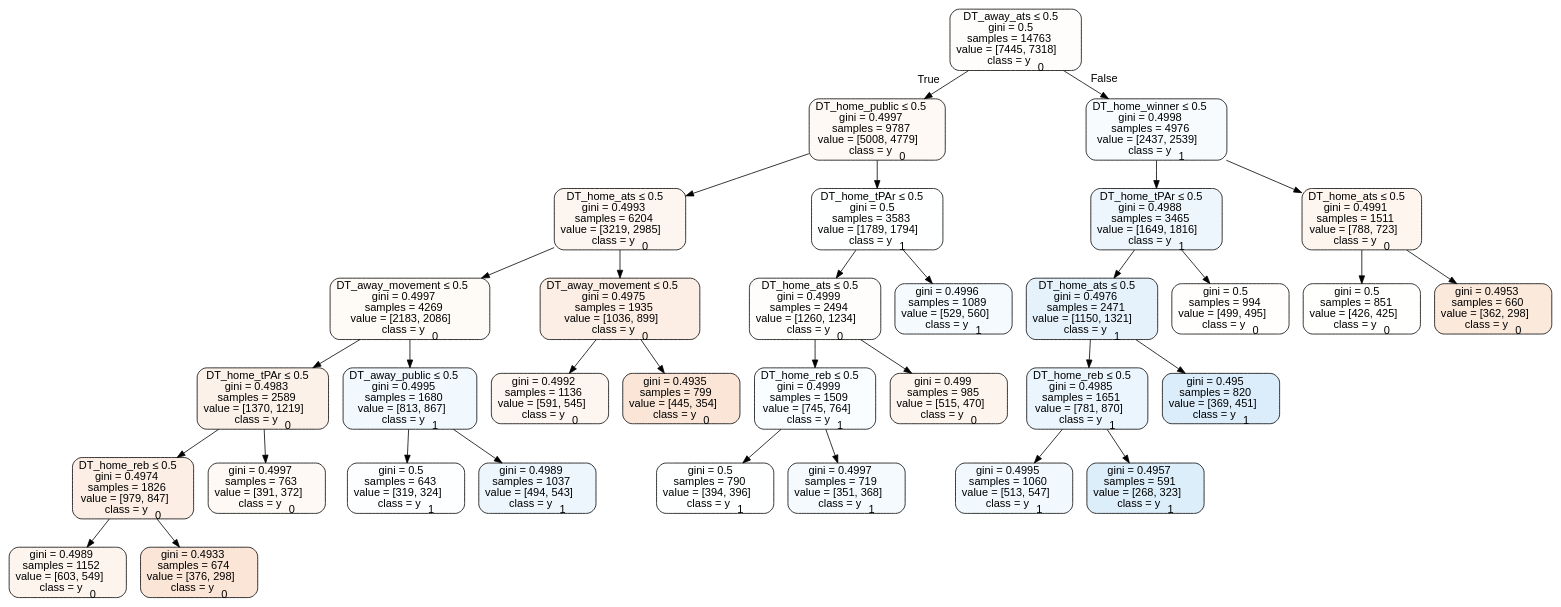
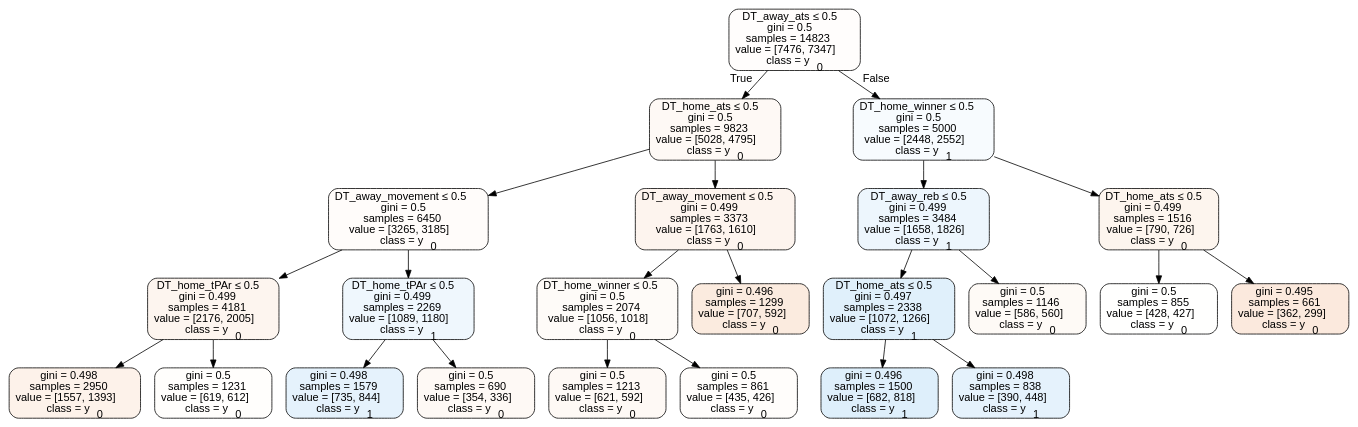
The diagram in Basketball/data/trees/tree2015home.dot (usbogie/ncaa-bets), drawn with Graphviz before and after one commit. The commit also changed 35 other files, not shown here.

```diff
--- a/Basketball/data/trees/tree2015home.dot
+++ b/Basketball/data/trees/tree2015home.dot
@@ -1,69 +1,49 @@
 digraph Tree {
 node [shape=box, style="filled, rounded", color="black", fontname=helvetica] ;
 edge [fontname=helvetica] ;
-0 [label=<DT_away_ats &le; 0.5<br/>gini = 0.5<br/>samples = 14763<br/>value = [7445, 7318]<br/>class = y<SUB>0</SUB>>, fillcolor="#e5813904"] ;
-1 [label=<DT_home_public &le; 0.5<br/>gini = 0.4997<br/>samples = 9787<br/>value = [5008, 4779]<br/>class = y<SUB>0</SUB>>, fillcolor="#e581390c"] ;
+0 [label=<DT_away_ats &le; 0.5<br/>gini = 0.5<br/>samples = 14823<br/>value = [7476, 7347]<br/>class = y<SUB>0</SUB>>, fillcolor="#e5813904"] ;
+1 [label=<DT_home_ats &le; 0.5<br/>gini = 0.5<br/>samples = 9823<br/>value = [5028, 4795]<br/>class = y<SUB>0</SUB>>, fillcolor="#e581390c"] ;
 0 -> 1 [labeldistance=2.5, labelangle=45, headlabel="True"] ;
-2 [label=<DT_home_ats &le; 0.5<br/>gini = 0.4993<br/>samples = 6204<br/>value = [3219, 2985]<br/>class = y<SUB>0</SUB>>, fillcolor="#e5813913"] ;
+2 [label=<DT_away_movement &le; 0.5<br/>gini = 0.5<br/>samples = 6450<br/>value = [3265, 3185]<br/>class = y<SUB>0</SUB>>, fillcolor="#e5813906"] ;
 1 -> 2 ;
-3 [label=<DT_away_movement &le; 0.5<br/>gini = 0.4997<br/>samples = 4269<br/>value = [2183, 2086]<br/>class = y<SUB>0</SUB>>, fillcolor="#e581390b"] ;
+3 [label=<DT_home_tPAr &le; 0.5<br/>gini = 0.499<br/>samples = 4181<br/>value = [2176, 2005]<br/>class = y<SUB>0</SUB>>, fillcolor="#e5813914"] ;
 2 -> 3 ;
-4 [label=<DT_home_tPAr &le; 0.5<br/>gini = 0.4983<br/>samples = 2589<br/>value = [1370, 1219]<br/>class = y<SUB>0</SUB>>, fillcolor="#e581391c"] ;
+4 [label=<gini = 0.498<br/>samples = 2950<br/>value = [1557, 1393]<br/>class = y<SUB>0</SUB>>, fillcolor="#e581391b"] ;
 3 -> 4 ;
-5 [label=<DT_home_reb &le; 0.5<br/>gini = 0.4974<br/>samples = 1826<br/>value = [979, 847]<br/>class = y<SUB>0</SUB>>, fillcolor="#e5813922"] ;
-4 -> 5 ;
-6 [label=<gini = 0.4989<br/>samples = 1152<br/>value = [603, 549]<br/>class = y<SUB>0</SUB>>, fillcolor="#e5813917"] ;
-5 -> 6 ;
-7 [label=<gini = 0.4933<br/>samples = 674<br/>value = [376, 298]<br/>class = y<SUB>0</SUB>>, fillcolor="#e5813935"] ;
-5 -> 7 ;
-8 [label=<gini = 0.4997<br/>samples = 763<br/>value = [391, 372]<br/>class = y<SUB>0</SUB>>, fillcolor="#e581390c"] ;
-4 -> 8 ;
-9 [label=<DT_away_public &le; 0.5<br/>gini = 0.4995<br/>samples = 1680<br/>value = [813, 867]<br/>class = y<SUB>1</SUB>>, fillcolor="#399de510"] ;
-3 -> 9 ;
-10 [label=<gini = 0.5<br/>samples = 643<br/>value = [319, 324]<br/>class = y<SUB>1</SUB>>, fillcolor="#399de504"] ;
+5 [label=<gini = 0.5<br/>samples = 1231<br/>value = [619, 612]<br/>class = y<SUB>0</SUB>>, fillcolor="#e5813903"] ;
+3 -> 5 ;
+6 [label=<DT_home_tPAr &le; 0.5<br/>gini = 0.499<br/>samples = 2269<br/>value = [1089, 1180]<br/>class = y<SUB>1</SUB>>, fillcolor="#399de514"] ;
+2 -> 6 ;
+7 [label=<gini = 0.498<br/>samples = 1579<br/>value = [735, 844]<br/>class = y<SUB>1</SUB>>, fillcolor="#399de521"] ;
+6 -> 7 ;
+8 [label=<gini = 0.5<br/>samples = 690<br/>value = [354, 336]<br/>class = y<SUB>0</SUB>>, fillcolor="#e581390d"] ;
+6 -> 8 ;
+9 [label=<DT_away_movement &le; 0.5<br/>gini = 0.499<br/>samples = 3373<br/>value = [1763, 1610]<br/>class = y<SUB>0</SUB>>, fillcolor="#e5813916"] ;
+1 -> 9 ;
+10 [label=<DT_home_winner &le; 0.5<br/>gini = 0.5<br/>samples = 2074<br/>value = [1056, 1018]<br/>class = y<SUB>0</SUB>>, fillcolor="#e5813909"] ;
 9 -> 10 ;
-11 [label=<gini = 0.4989<br/>samples = 1037<br/>value = [494, 543]<br/>class = y<SUB>1</SUB>>, fillcolor="#399de517"] ;
-9 -> 11 ;
-12 [label=<DT_away_movement &le; 0.5<br/>gini = 0.4975<br/>samples = 1935<br/>value = [1036, 899]<br/>class = y<SUB>0</SUB>>, fillcolor="#e5813922"] ;
-2 -> 12 ;
-13 [label=<gini = 0.4992<br/>samples = 1136<br/>value = [591, 545]<br/>class = y<SUB>0</SUB>>, fillcolor="#e5813914"] ;
-12 -> 13 ;
-14 [label=<gini = 0.4935<br/>samples = 799<br/>value = [445, 354]<br/>class = y<SUB>0</SUB>>, fillcolor="#e5813934"] ;
-12 -> 14 ;
-15 [label=<DT_home_tPAr &le; 0.5<br/>gini = 0.5<br/>samples = 3583<br/>value = [1789, 1794]<br/>class = y<SUB>1</SUB>>, fillcolor="#399de501"] ;
-1 -> 15 ;
-16 [label=<DT_home_ats &le; 0.5<br/>gini = 0.4999<br/>samples = 2494<br/>value = [1260, 1234]<br/>class = y<SUB>0</SUB>>, fillcolor="#e5813905"] ;
+11 [label=<gini = 0.5<br/>samples = 1213<br/>value = [621, 592]<br/>class = y<SUB>0</SUB>>, fillcolor="#e581390c"] ;
+10 -> 11 ;
+12 [label=<gini = 0.5<br/>samples = 861<br/>value = [435, 426]<br/>class = y<SUB>0</SUB>>, fillcolor="#e5813905"] ;
+10 -> 12 ;
+13 [label=<gini = 0.496<br/>samples = 1299<br/>value = [707, 592]<br/>class = y<SUB>0</SUB>>, fillcolor="#e5813929"] ;
+9 -> 13 ;
+14 [label=<DT_home_winner &le; 0.5<br/>gini = 0.5<br/>samples = 5000<br/>value = [2448, 2552]<br/>class = y<SUB>1</SUB>>, fillcolor="#399de50a"] ;
+0 -> 14 [labeldistance=2.5, labelangle=-45, headlabel="False"] ;
+15 [label=<DT_away_reb &le; 0.5<br/>gini = 0.499<br/>samples = 3484<br/>value = [1658, 1826]<br/>class = y<SUB>1</SUB>>, fillcolor="#399de517"] ;
+14 -> 15 ;
+16 [label=<DT_home_ats &le; 0.5<br/>gini = 0.497<br/>samples = 2338<br/>value = [1072, 1266]<br/>class = y<SUB>1</SUB>>, fillcolor="#399de527"] ;
 15 -> 16 ;
-17 [label=<DT_home_reb &le; 0.5<br/>gini = 0.4999<br/>samples = 1509<br/>value = [745, 764]<br/>class = y<SUB>1</SUB>>, fillcolor="#399de506"] ;
+17 [label=<gini = 0.496<br/>samples = 1500<br/>value = [682, 818]<br/>class = y<SUB>1</SUB>>, fillcolor="#399de52a"] ;
 16 -> 17 ;
-18 [label=<gini = 0.5<br/>samples = 790<br/>value = [394, 396]<br/>class = y<SUB>1</SUB>>, fillcolor="#399de501"] ;
-17 -> 18 ;
-19 [label=<gini = 0.4997<br/>samples = 719<br/>value = [351, 368]<br/>class = y<SUB>1</SUB>>, fillcolor="#399de50c"] ;
-17 -> 19 ;
-20 [label=<gini = 0.499<br/>samples = 985<br/>value = [515, 470]<br/>class = y<SUB>0</SUB>>, fillcolor="#e5813916"] ;
-16 -> 20 ;
-21 [label=<gini = 0.4996<br/>samples = 1089<br/>value = [529, 560]<br/>class = y<SUB>1</SUB>>, fillcolor="#399de50e"] ;
-15 -> 21 ;
-22 [label=<DT_home_winner &le; 0.5<br/>gini = 0.4998<br/>samples = 4976<br/>value = [2437, 2539]<br/>class = y<SUB>1</SUB>>, fillcolor="#399de50a"] ;
-0 -> 22 [labeldistance=2.5, labelangle=-45, headlabel="False"] ;
-23 [label=<DT_home_tPAr &le; 0.5<br/>gini = 0.4988<br/>samples = 3465<br/>value = [1649, 1816]<br/>class = y<SUB>1</SUB>>, fillcolor="#399de517"] ;
-22 -> 23 ;
-24 [label=<DT_home_ats &le; 0.5<br/>gini = 0.4976<br/>samples = 2471<br/>value = [1150, 1321]<br/>class = y<SUB>1</SUB>>, fillcolor="#399de521"] ;
-23 -> 24 ;
-25 [label=<DT_home_reb &le; 0.5<br/>gini = 0.4985<br/>samples = 1651<br/>value = [781, 870]<br/>class = y<SUB>1</SUB>>, fillcolor="#399de51a"] ;
-24 -> 25 ;
-26 [label=<gini = 0.4995<br/>samples = 1060<br/>value = [513, 547]<br/>class = y<SUB>1</SUB>>, fillcolor="#399de510"] ;
-25 -> 26 ;
-27 [label=<gini = 0.4957<br/>samples = 591<br/>value = [268, 323]<br/>class = y<SUB>1</SUB>>, fillcolor="#399de52b"] ;
-25 -> 27 ;
-28 [label=<gini = 0.495<br/>samples = 820<br/>value = [369, 451]<br/>class = y<SUB>1</SUB>>, fillcolor="#399de52e"] ;
-24 -> 28 ;
-29 [label=<gini = 0.5<br/>samples = 994<br/>value = [499, 495]<br/>class = y<SUB>0</SUB>>, fillcolor="#e5813902"] ;
-23 -> 29 ;
-30 [label=<DT_home_ats &le; 0.5<br/>gini = 0.4991<br/>samples = 1511<br/>value = [788, 723]<br/>class = y<SUB>0</SUB>>, fillcolor="#e5813915"] ;
-22 -> 30 ;
-31 [label=<gini = 0.5<br/>samples = 851<br/>value = [426, 425]<br/>class = y<SUB>0</SUB>>, fillcolor="#e5813901"] ;
-30 -> 31 ;
-32 [label=<gini = 0.4953<br/>samples = 660<br/>value = [362, 298]<br/>class = y<SUB>0</SUB>>, fillcolor="#e581392d"] ;
-30 -> 32 ;
+18 [label=<gini = 0.498<br/>samples = 838<br/>value = [390, 448]<br/>class = y<SUB>1</SUB>>, fillcolor="#399de521"] ;
+16 -> 18 ;
+19 [label=<gini = 0.5<br/>samples = 1146<br/>value = [586, 560]<br/>class = y<SUB>0</SUB>>, fillcolor="#e581390b"] ;
+15 -> 19 ;
+20 [label=<DT_home_ats &le; 0.5<br/>gini = 0.499<br/>samples = 1516<br/>value = [790, 726]<br/>class = y<SUB>0</SUB>>, fillcolor="#e5813915"] ;
+14 -> 20 ;
+21 [label=<gini = 0.5<br/>samples = 855<br/>value = [428, 427]<br/>class = y<SUB>0</SUB>>, fillcolor="#e5813901"] ;
+20 -> 21 ;
+22 [label=<gini = 0.495<br/>samples = 661<br/>value = [362, 299]<br/>class = y<SUB>0</SUB>>, fillcolor="#e581392c"] ;
+20 -> 22 ;
 }
```
